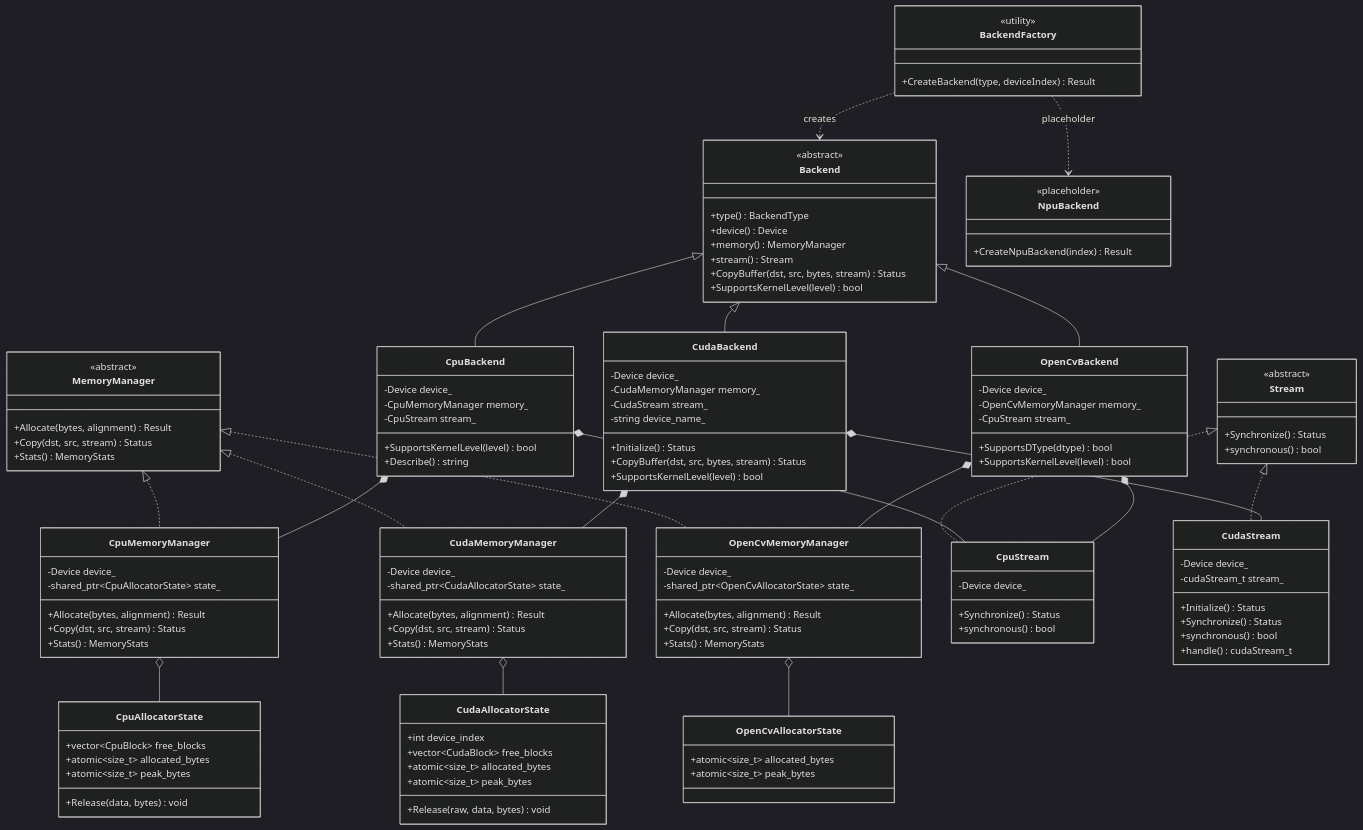
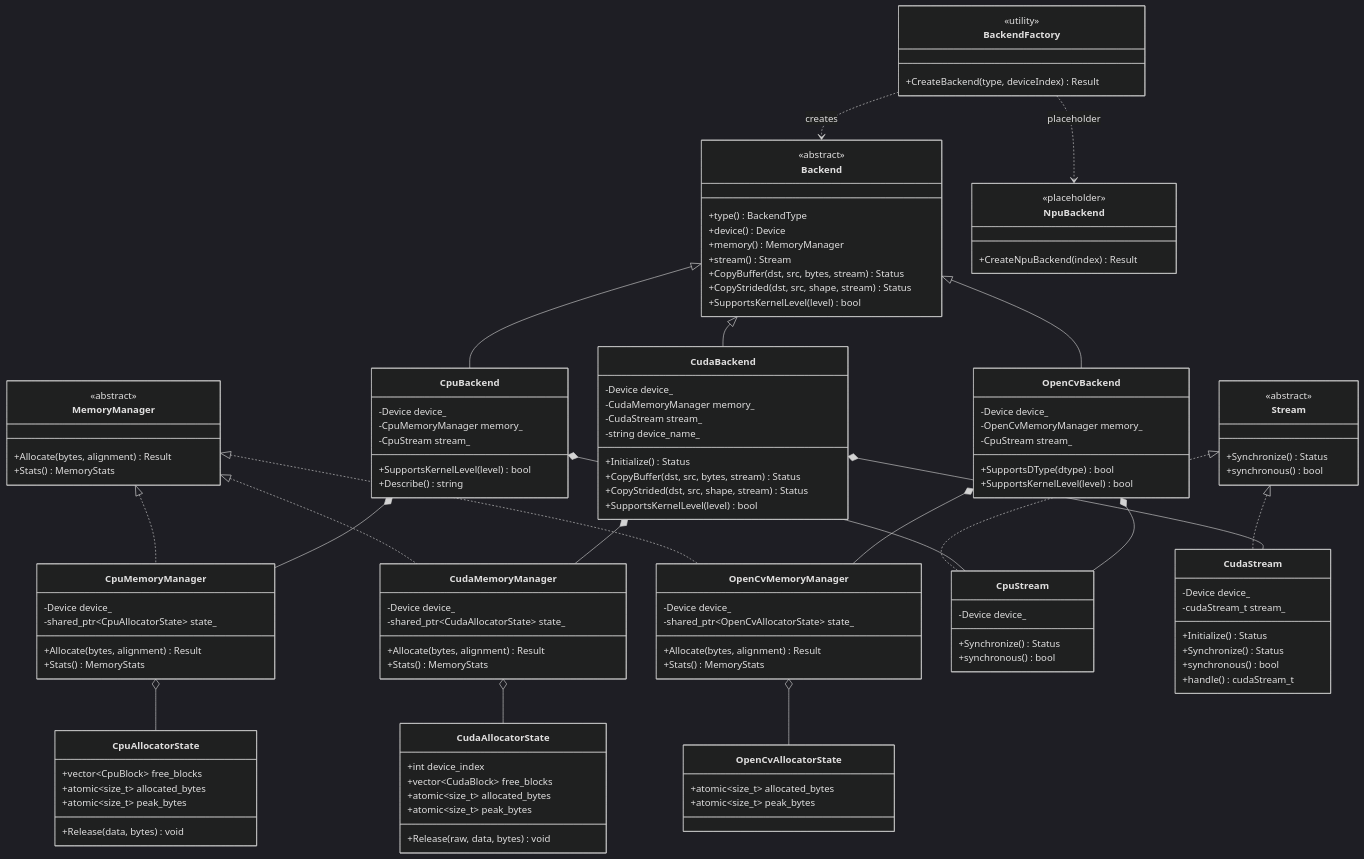
Before and after one commit to CourtJadeLiquor/hpcplatform: the second of 3 diagrams in docs/architecture.md, drawn with Mermaid (dark theme). The commit also changed other lines of this file and 38 other files, not shown here.

```diff
--- a/docs/architecture.md
+++ b/docs/architecture.md
@@ -542,13 +542,13 @@
     +memory() MemoryManager
     +stream() Stream
     +CopyBuffer(dst, src, bytes, stream) Status
+    +CopyStrided(dst, src, shape, stream) Status
     +SupportsKernelLevel(level) bool
   }
 
   class MemoryManager {
     <<abstract>>
     +Allocate(bytes, alignment) Result
-    +Copy(dst, src, stream) Status
     +Stats() MemoryStats
   }
 
@@ -573,6 +573,7 @@
     -string device_name_
     +Initialize() Status
     +CopyBuffer(dst, src, bytes, stream) Status
+    +CopyStrided(dst, src, shape, stream) Status
     +SupportsKernelLevel(level) bool
   }
 
@@ -593,7 +594,6 @@
     -Device device_
     -shared_ptr~CpuAllocatorState~ state_
     +Allocate(bytes, alignment) Result
-    +Copy(dst, src, stream) Status
     +Stats() MemoryStats
   }
 
@@ -601,7 +601,6 @@
     -Device device_
     -shared_ptr~CudaAllocatorState~ state_
     +Allocate(bytes, alignment) Result
-    +Copy(dst, src, stream) Status
     +Stats() MemoryStats
   }
 
@@ -609,7 +608,6 @@
     -Device device_
     -shared_ptr~OpenCvAllocatorState~ state_
     +Allocate(bytes, alignment) Result
-    +Copy(dst, src, stream) Status
     +Stats() MemoryStats
   }
 
```
